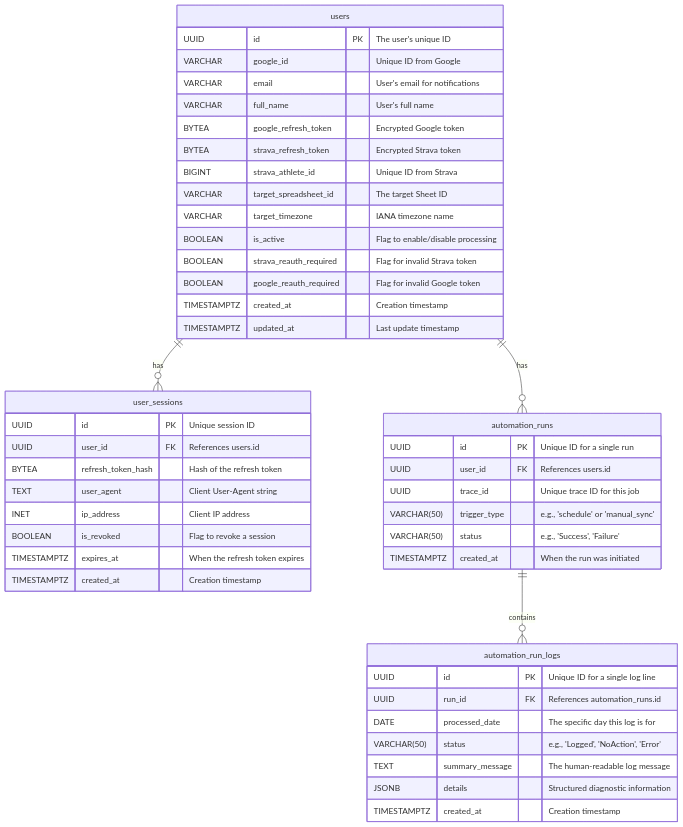
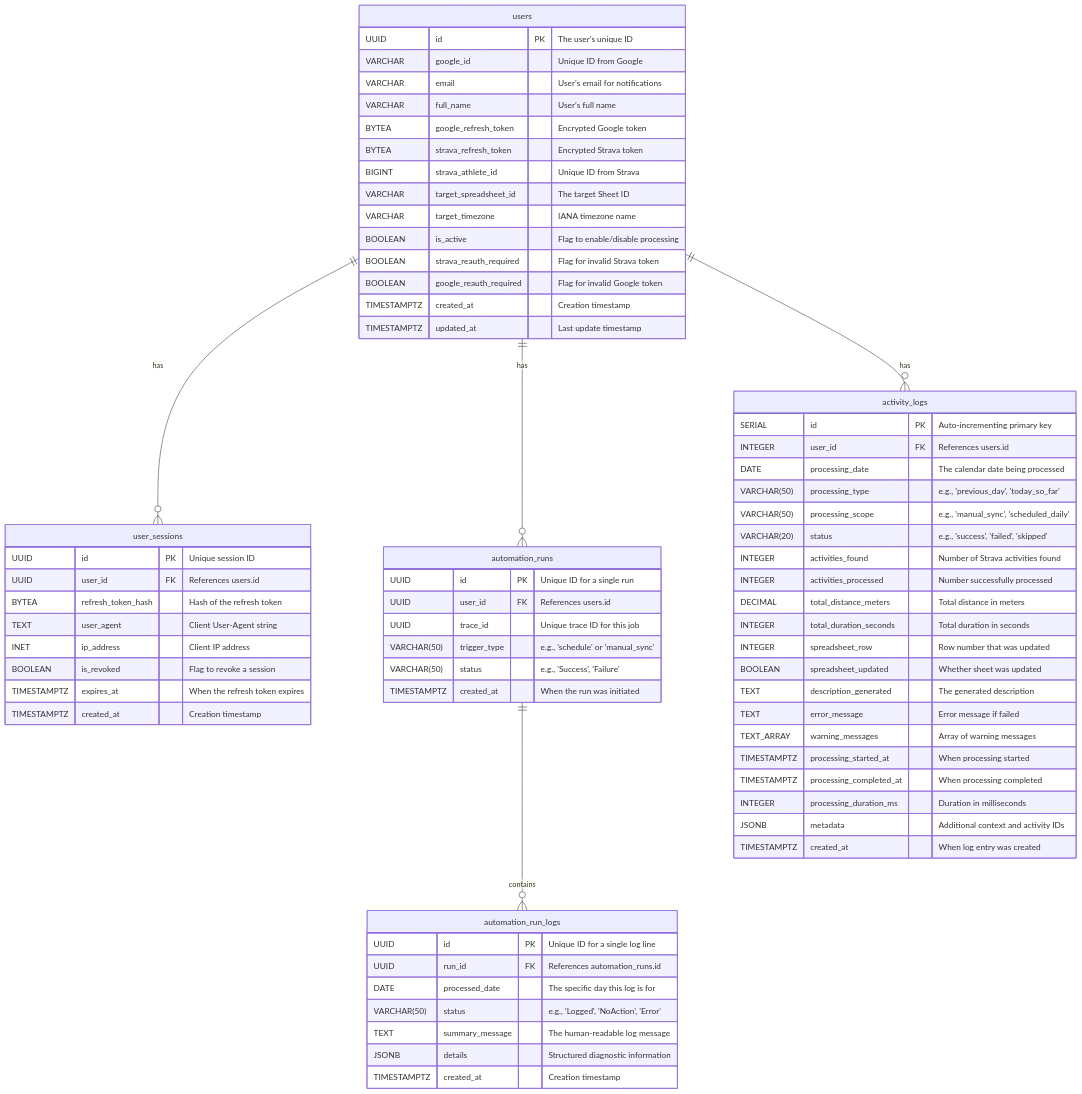
Before and after one commit to Perseverance/the-academy-sync-claude: the sixth of 6 diagrams in docs/SDD.md, drawn with Mermaid. The commit also changed other lines of this file, not shown here.

First line of the commit message:
Update SDD with activity_logs database schema

````diff
--- a/docs/SDD.md
+++ b/docs/SDD.md
@@ -555,53 +555,77 @@
 ```mermaid
 erDiagram
     users {
         UUID id PK "The user's unique ID"
         VARCHAR google_id "Unique ID from Google"
         VARCHAR email "User's email for notifications"
         VARCHAR full_name "User's full name"
         BYTEA google_refresh_token "Encrypted Google token"
         BYTEA strava_refresh_token "Encrypted Strava token"
         BIGINT strava_athlete_id "Unique ID from Strava"
         VARCHAR target_spreadsheet_id "The target Sheet ID"
         VARCHAR target_timezone "IANA timezone name"
         BOOLEAN is_active "Flag to enable/disable processing"
         BOOLEAN strava_reauth_required "Flag for invalid Strava token"
         BOOLEAN google_reauth_required "Flag for invalid Google token"
         TIMESTAMPTZ created_at "Creation timestamp"
         TIMESTAMPTZ updated_at "Last update timestamp"
     }
 
     user_sessions {
         UUID id PK "Unique session ID"
         UUID user_id FK "References users.id"
         BYTEA refresh_token_hash "Hash of the refresh token"
         TEXT user_agent "Client User-Agent string"
         INET ip_address "Client IP address"
         BOOLEAN is_revoked "Flag to revoke a session"
         TIMESTAMPTZ expires_at "When the refresh token expires"
         TIMESTAMPTZ created_at "Creation timestamp"
     }
 
     automation_runs {
         UUID id PK "Unique ID for a single run"
         UUID user_id FK "References users.id"
         UUID trace_id "Unique trace ID for this job"
         VARCHAR(50) trigger_type "e.g., 'schedule' or 'manual_sync'"
         VARCHAR(50) status "e.g., 'Success', 'Failure'"
         TIMESTAMPTZ created_at "When the run was initiated"
     }
 
     automation_run_logs {
         UUID id PK "Unique ID for a single log line"
         UUID run_id FK "References automation_runs.id"
         DATE processed_date "The specific day this log is for"
         VARCHAR(50) status "e.g., 'Logged', 'NoAction', 'Error'"
         TEXT summary_message "The human-readable log message"
         JSONB details "Structured diagnostic information"
         TIMESTAMPTZ created_at "Creation timestamp"
     }
 
+    activity_logs {
+        SERIAL id PK "Auto-incrementing primary key"
+        INTEGER user_id FK "References users.id"
+        DATE processing_date "The calendar date being processed"
+        VARCHAR(50) processing_type "e.g., 'previous_day', 'today_so_far'"
+        VARCHAR(50) processing_scope "e.g., 'manual_sync', 'scheduled_daily'"
+        VARCHAR(20) status "e.g., 'success', 'failed', 'skipped'"
+        INTEGER activities_found "Number of Strava activities found"
+        INTEGER activities_processed "Number successfully processed"
+        DECIMAL total_distance_meters "Total distance in meters"
+        INTEGER total_duration_seconds "Total duration in seconds"
+        INTEGER spreadsheet_row "Row number that was updated"
+        BOOLEAN spreadsheet_updated "Whether sheet was updated"
+        TEXT description_generated "The generated description"
+        TEXT error_message "Error message if failed"
+        TEXT_ARRAY warning_messages "Array of warning messages"
+        TIMESTAMPTZ processing_started_at "When processing started"
+        TIMESTAMPTZ processing_completed_at "When processing completed"
+        INTEGER processing_duration_ms "Duration in milliseconds"
+        JSONB metadata "Additional context and activity IDs"
+        TIMESTAMPTZ created_at "When log entry was created"
+    }
+
     users ||--o{ user_sessions : "has"
     users ||--o{ automation_runs : "has"
+    users ||--o{ activity_logs : "has"
     automation_runs ||--o{ automation_run_logs : "contains"
 ```
````
